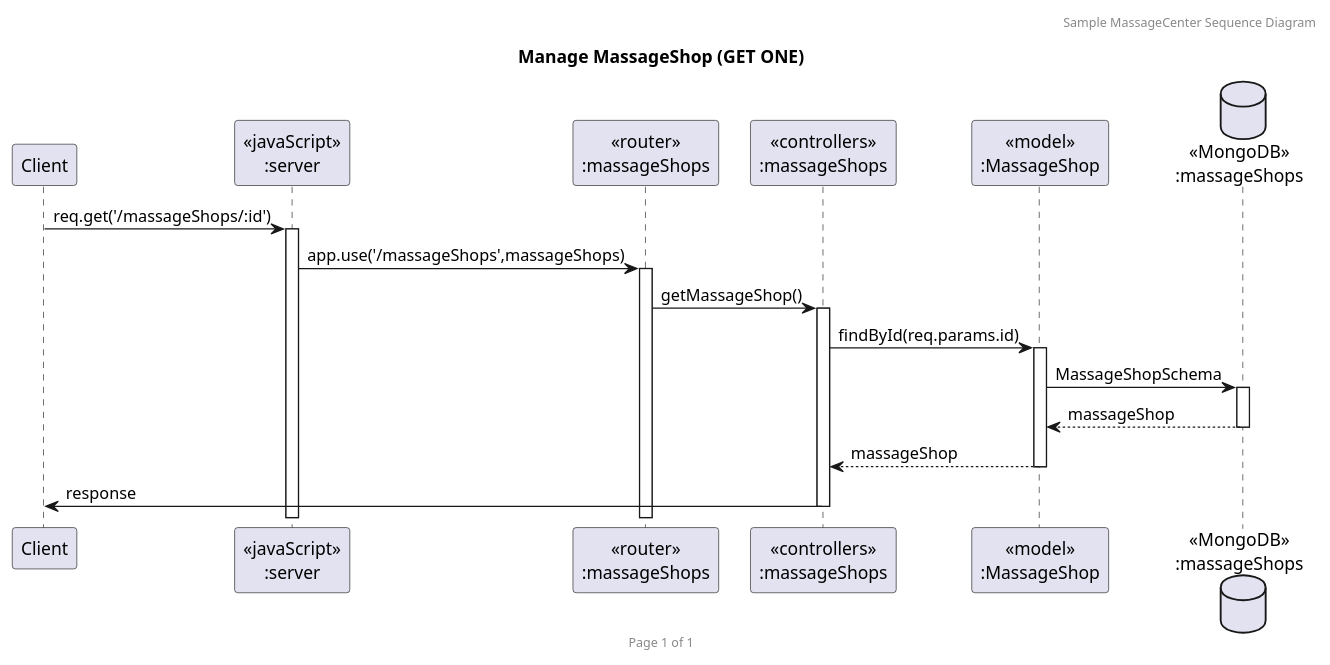
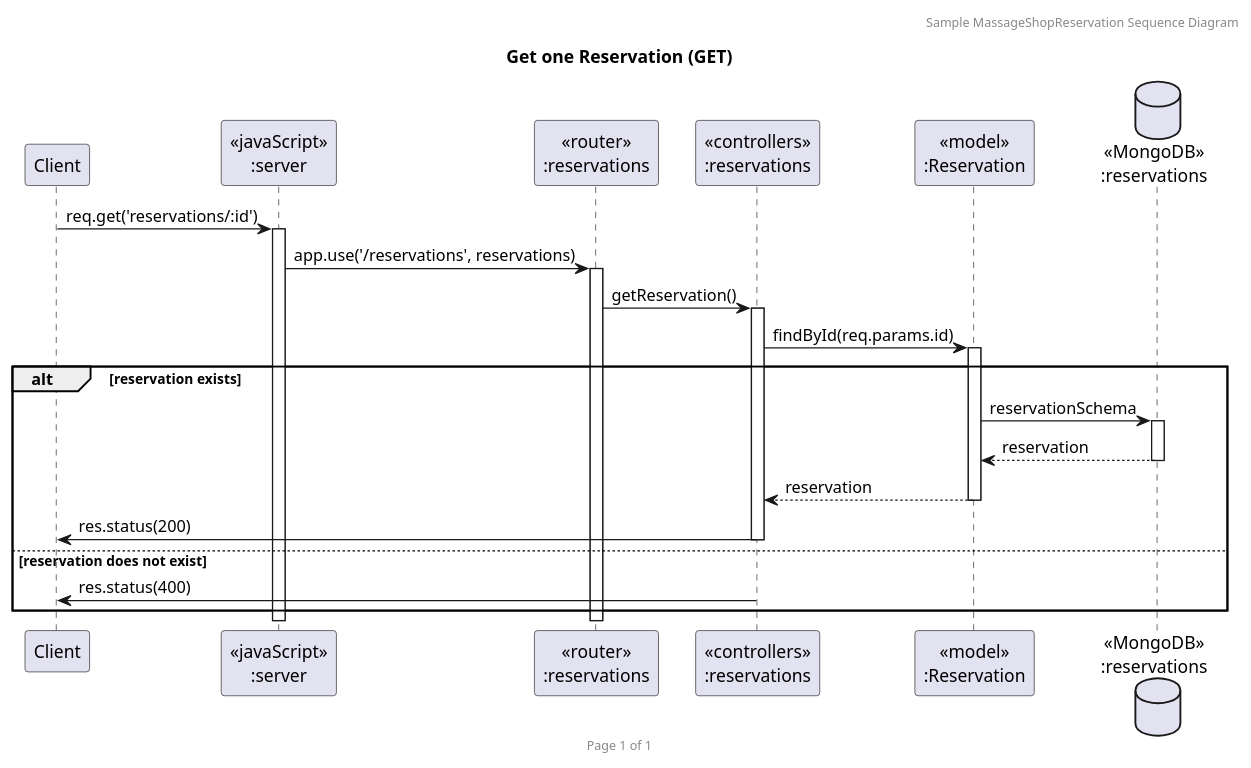
One commit to 2110503TACEDT66/presentation-day-1-dale-mai-mi-chip changed the diagram in sequence_diagram/getOne.puml. Above: the diagram before and after it, drawn with PlantUML. The commit also changed 4 other files, not shown here.

```diff
--- a/sequence_diagram/getOne.puml
+++ b/sequence_diagram/getOne.puml
@@ -1,23 +1,29 @@
-@startuml Manage HMassageShop (GET ONE)
+@startuml Get Reservation (GET)
 
-header Sample MassageCenter Sequence Diagram
+header Sample MassageShopReservation Sequence Diagram
 footer Page %page% of %lastpage%
-title "Manage MassageShop (GET ONE)"
+title "Get one Reservation (GET)"
 
 participant "Client" as client
 participant "<<javaScript>>\n:server" as server
-participant "<<router>>\n:massageShops" as routerMassageShops
-participant "<<controllers>>\n:massageShops" as controllersMassageShops
-participant "<<model>>\n:MassageShop" as modelMassageShop
-database "<<MongoDB>>\n:massageShops" as MassageShopsDatabase
+participant "<<router>>\n:reservations" as routerReservation
+participant "<<controllers>>\n:reservations" as controllersReservation
+participant "<<model>>\n:Reservation" as modelReservation
+database "<<MongoDB>>\n:reservations" as ReservationDatabase
 
-client->server ++:req.get('/massageShops/:id')
-server->routerMassageShops ++:app.use('/massageShops',massageShops)
-routerMassageShops -> controllersMassageShops ++:getMassageShop()
-controllersMassageShops->modelMassageShop ++:findById(req.params.id)
-modelMassageShop ->MassageShopsDatabase ++: MassageShopSchema
-MassageShopsDatabase --> modelMassageShop --: massageShop
-controllersMassageShops <-- modelMassageShop --:massageShop
-controllersMassageShops->client --:response
+
+client->server ++:req.get('reservations/:id')
+server->routerReservation ++:app.use('/reservations', reservations)
+routerReservation -> controllersReservation ++: getReservation()
+controllersReservation->modelReservation ++: findById(req.params.id)
+
+alt reservation exists
+  modelReservation ->ReservationDatabase ++: reservationSchema
+  ReservationDatabase --> modelReservation --: reservation
+  controllersReservation <-- modelReservation --: reservation
+  controllersReservation->client --: res.status(200)
+else reservation does not exist
+  controllersReservation->client --: res.status(400)
+end
 
 @enduml
```
